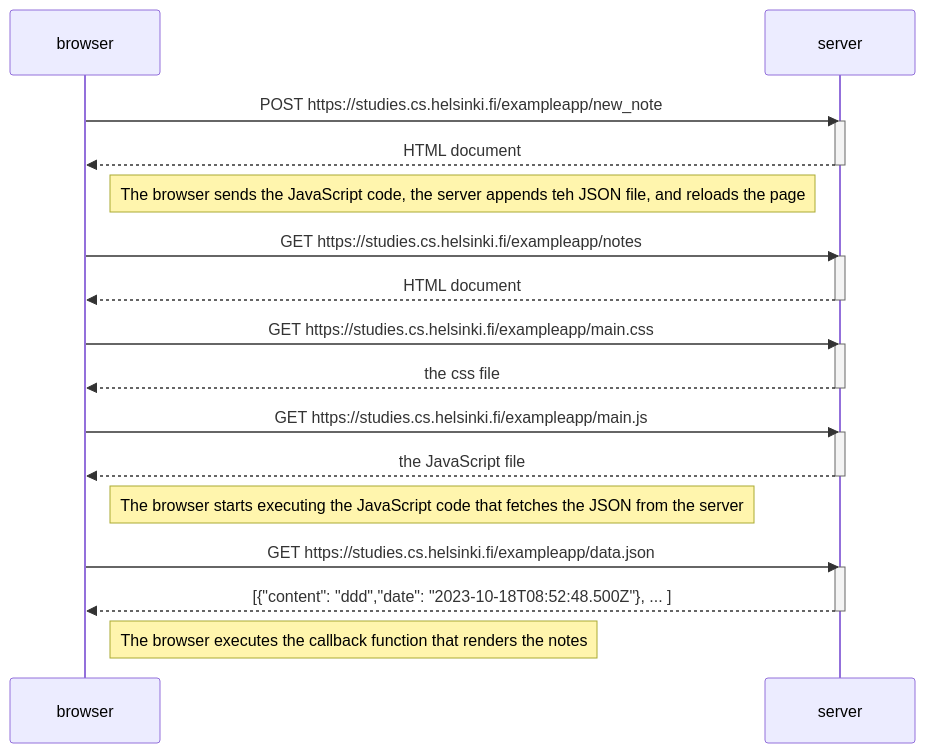
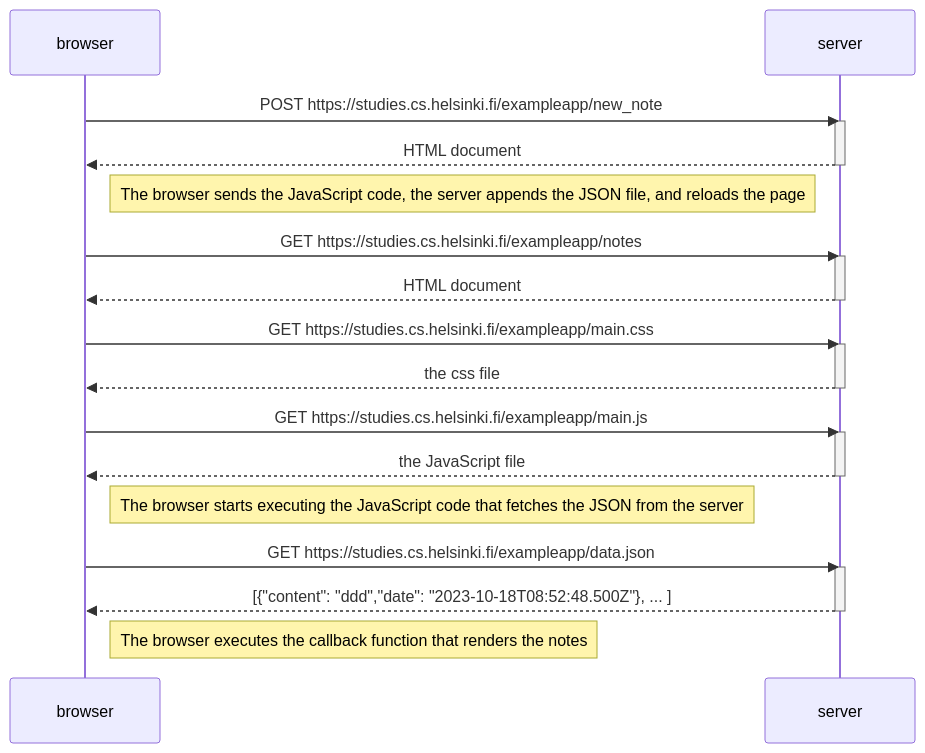
The diagram in part01/0.4-New_note_diagram.mmd (seanodaniels/University-of-Helsinki-Fullstack-Open), drawn with Mermaid before and after one commit.

Commit message:
corrected typo

```diff
--- a/part01/0.4-New_note_diagram.mmd
+++ b/part01/0.4-New_note_diagram.mmd
@@ -1,34 +1,34 @@
 sequenceDiagram
     participant browser
     participant server
 
     browser->>server: POST https://studies.cs.helsinki.fi/exampleapp/new_note
     activate server
     server-->>browser: HTML document
     deactivate server
 
-    Note right of browser: The browser sends the JavaScript code, the server appends teh JSON file, and reloads the page
+    Note right of browser: The browser sends the JavaScript code, the server appends the JSON file, and reloads the page
 
     browser->>server: GET https://studies.cs.helsinki.fi/exampleapp/notes
     activate server
     server-->>browser: HTML document
     deactivate server
 
     browser->>server: GET https://studies.cs.helsinki.fi/exampleapp/main.css
     activate server
     server-->>browser: the css file
     deactivate server
 
     browser->>server: GET https://studies.cs.helsinki.fi/exampleapp/main.js
     activate server
     server-->>browser: the JavaScript file
     deactivate server
 
     Note right of browser: The browser starts executing the JavaScript code that fetches the JSON from the server
 
     browser->>server: GET https://studies.cs.helsinki.fi/exampleapp/data.json
     activate server
     server-->>browser: [{"content": "ddd","date": "2023-10-18T08:52:48.500Z"}, ... ]
     deactivate server
 
     Note right of browser: The browser executes the callback function that renders the notes
```
